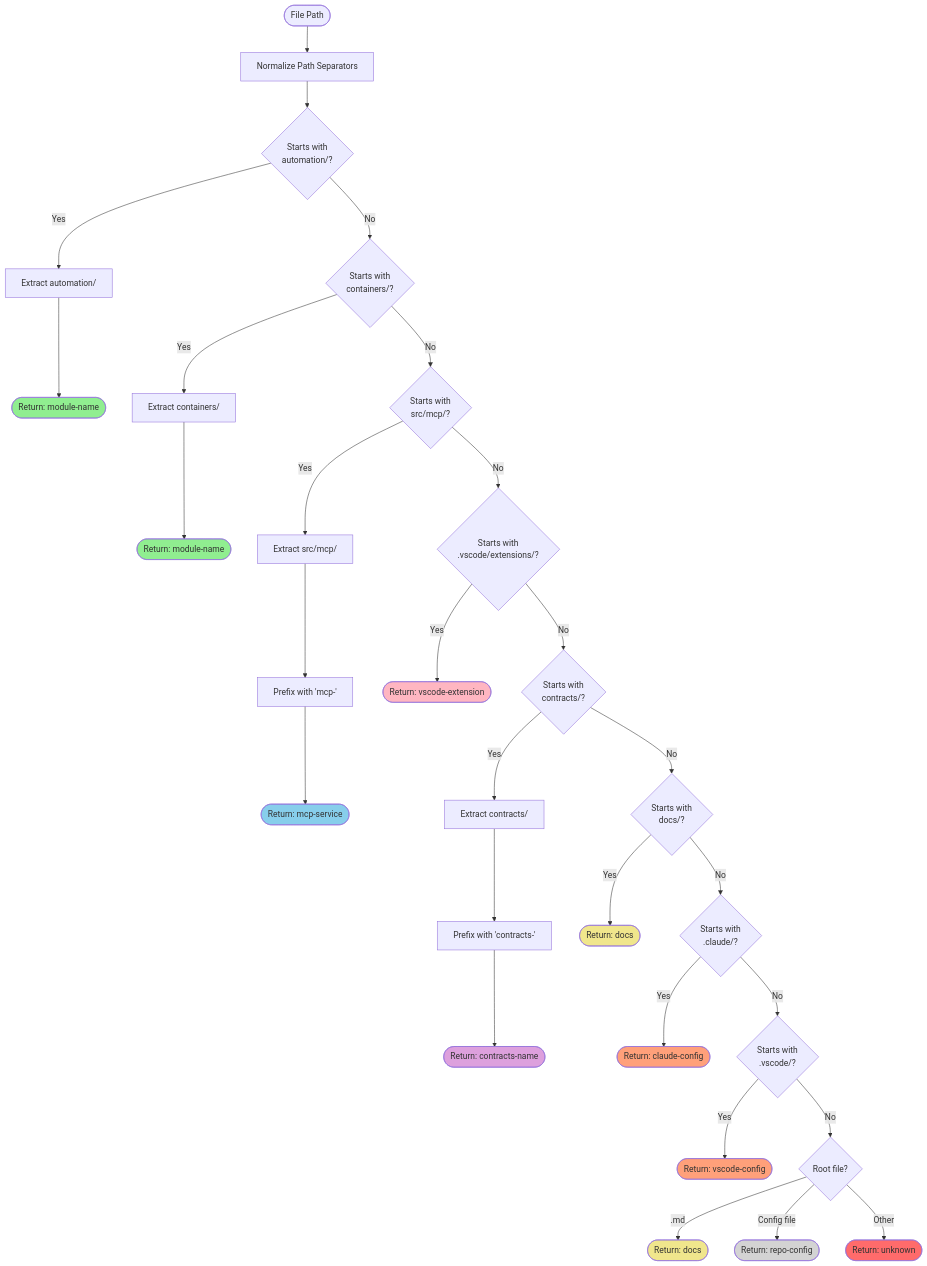
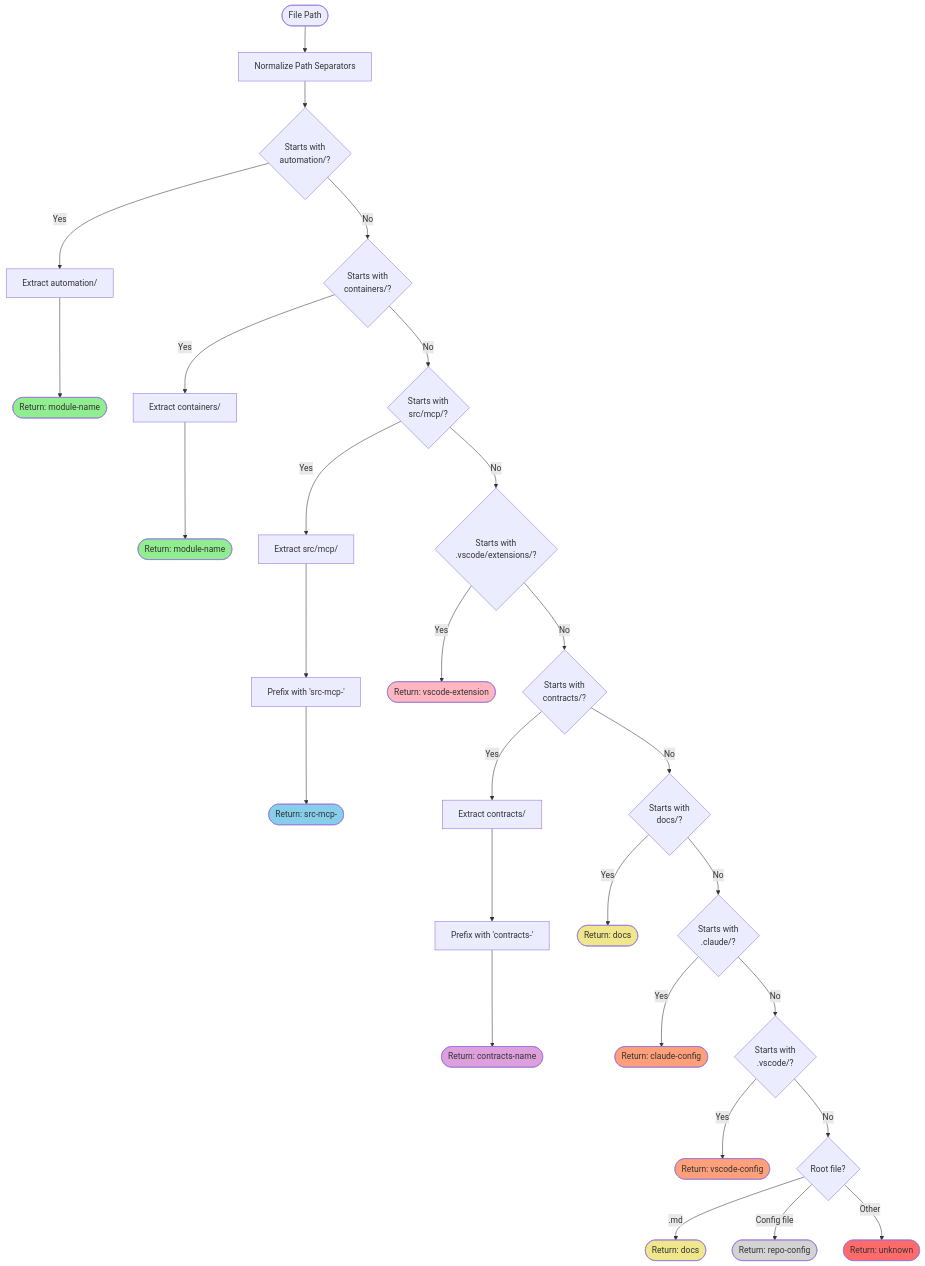
The first of 13 diagrams in docs/guide/module-detection.md (ready-to-release/eac), drawn with Mermaid before and after one commit.

Commit message:
# fix(docs): correct src-mcp prefix documentation
The module detection guide documented the src/mcp module naming prefix
incorrectly as 'mcp-' instead of 'src-mcp-'. This update corrects the
documentation to match the actual module naming scheme used throughout
the repository. Developers and documentation readers now have accurate
information about module identification and naming conventions.

## Files affected

| Status   | File                           | Module |
| -------- | ------------------------------ | ------ |
| modified | docs/guide/module-detection.md | docs   |

## Summary

| Module | Globs        |
| ------ | ------------ |
| docs   | `docs/**`, `*.md` |

---

## docs

fix(docs): update mcp prefix in module detection

Incorrect documentation of the src/mcp module naming prefix as 'mcp-'
instead of 'src-mcp-' could lead to confusion when developers identify
modules or follow naming conventions. This correction ensures accurate
guidance for proper module identification and consistent implementation
throughout the repository.

```yaml
paths:
  - 'docs/**'
  - '*.md'

Agent: Approved

````diff
--- a/docs/guide/module-detection.md
+++ b/docs/guide/module-detection.md
@@ -11,51 +11,51 @@
 ```mermaid
 flowchart TD
     Start([File Path]) --> Normalize[Normalize Path Separators]
     Normalize --> CheckAuto{Starts with<br/>automation/?}
 
     CheckAuto -->|Yes| ExtractAuto[Extract automation/<module-name>]
     ExtractAuto --> ReturnAuto([Return: module-name])
 
     CheckAuto -->|No| CheckContainer{Starts with<br/>containers/?}
     CheckContainer -->|Yes| ExtractContainer[Extract containers/<module-name>]
     ExtractContainer --> ReturnContainer([Return: module-name])
 
     CheckContainer -->|No| CheckMCP{Starts with<br/>src/mcp/?}
     CheckMCP -->|Yes| ExtractMCP[Extract src/mcp/<service>]
-    ExtractMCP --> PrefixMCP[Prefix with 'mcp-']
-    PrefixMCP --> ReturnMCP([Return: mcp-service])
+    ExtractMCP --> PrefixMCP[Prefix with 'src-mcp-']
+    PrefixMCP --> ReturnMCP([Return: src-mcp-<service>])
 
     CheckMCP -->|No| CheckVSCode{Starts with<br/>.vscode/extensions/?}
     CheckVSCode -->|Yes| ReturnVSCode([Return: vscode-extension])
 
     CheckVSCode -->|No| CheckContracts{Starts with<br/>contracts/?}
     CheckContracts -->|Yes| ExtractContracts[Extract contracts/<name>]
     ExtractContracts --> PrefixContracts[Prefix with 'contracts-']
     PrefixContracts --> ReturnContracts([Return: contracts-name])
 
     CheckContracts -->|No| CheckDocs{Starts with<br/>docs/?}
     CheckDocs -->|Yes| ReturnDocs([Return: docs])
 
     CheckDocs -->|No| CheckClaude{Starts with<br/>.claude/?}
     CheckClaude -->|Yes| ReturnClaude([Return: claude-config])
 
     CheckClaude -->|No| CheckVSConfig{Starts with<br/>.vscode/?}
     CheckVSConfig -->|Yes| ReturnVSConfig([Return: vscode-config])
 
     CheckVSConfig -->|No| CheckRoot{Root file?}
     CheckRoot -->|.md| ReturnRootDocs([Return: docs])
     CheckRoot -->|Config file| ReturnRepoConfig([Return: repo-config])
     CheckRoot -->|Other| ReturnUnknown([Return: unknown])
 
     style ReturnAuto fill:#90EE90
     style ReturnContainer fill:#90EE90
     style ReturnMCP fill:#87CEEB
     style ReturnVSCode fill:#FFB6C1
     style ReturnContracts fill:#DDA0DD
     style ReturnDocs fill:#F0E68C
     style ReturnClaude fill:#FFA07A
     style ReturnVSConfig fill:#FFA07A
     style ReturnRootDocs fill:#F0E68C
     style ReturnRepoConfig fill:#D3D3D3
     style ReturnUnknown fill:#FF6B6B
 ```
````
